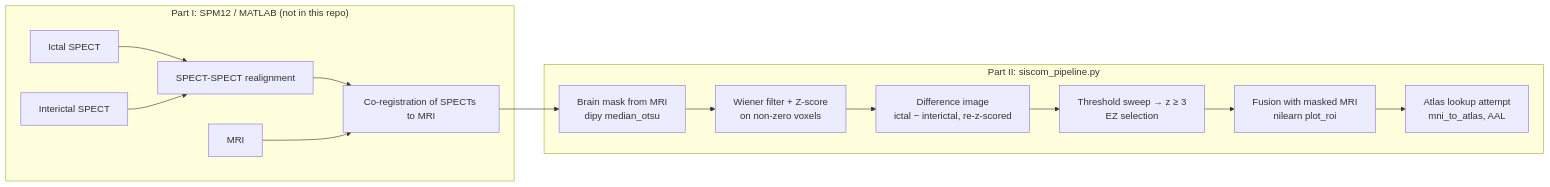
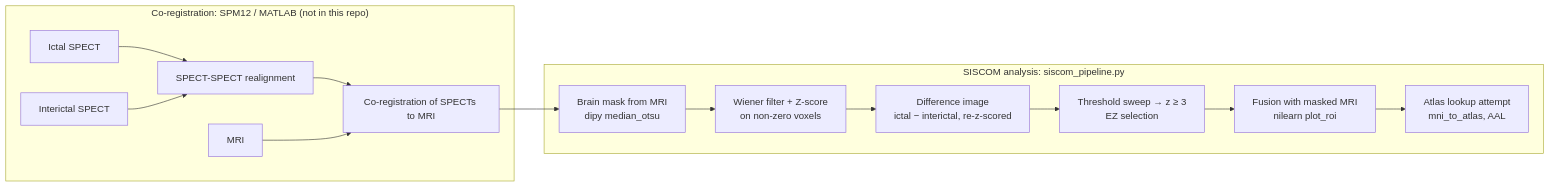
The diagram in README.md (sergimarsol/SISCOM-Epilepsy-Localization), drawn with Mermaid before and after one commit. The commit also changed other lines of this file and 1 other file, not shown here.

````diff
--- a/README.md
+++ b/README.md
@@ -36,17 +36,17 @@
 ```mermaid
 flowchart LR
-    subgraph P1["Part I: SPM12 / MATLAB (not in this repo)"]
+    subgraph P1["Co-registration: SPM12 / MATLAB (not in this repo)"]
         A[Ictal SPECT] --> R[SPECT-SPECT realignment]
         B[Interictal SPECT] --> R
         R --> C[Co-registration of SPECTs to MRI]
         M[MRI] --> C
     end
-    subgraph P2["Part II: siscom_pipeline.py"]
+    subgraph P2["SISCOM analysis: siscom_pipeline.py"]
         C --> K[Brain mask from MRI<br/>dipy median_otsu]
         K --> N[Wiener filter + Z-score<br/>on non-zero voxels]
         N --> D[Difference image<br/>ictal − interictal, re-z-scored]
         D --> T[Threshold sweep → z ≥ 3<br/>EZ selection]
         T --> F[Fusion with masked MRI<br/>nilearn plot_roi]
         F --> L[Atlas lookup attempt<br/>mni_to_atlas, AAL]
     end
 ```
````
